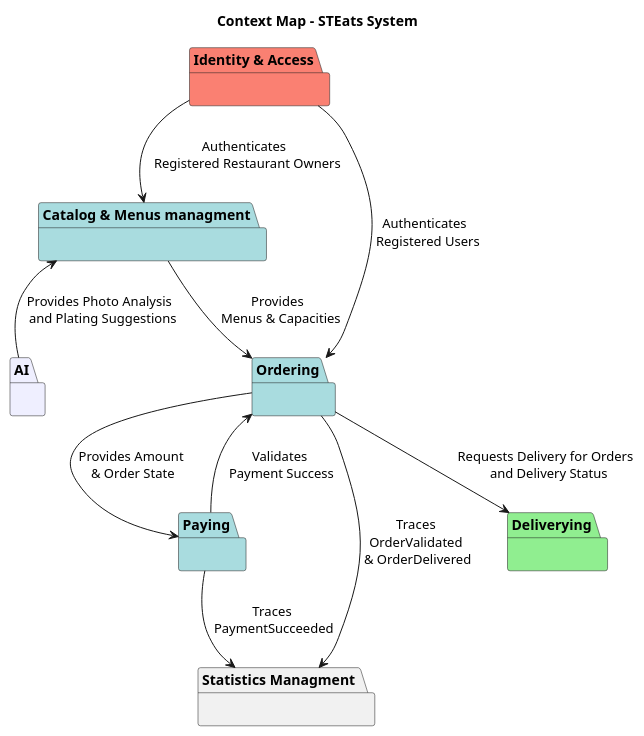
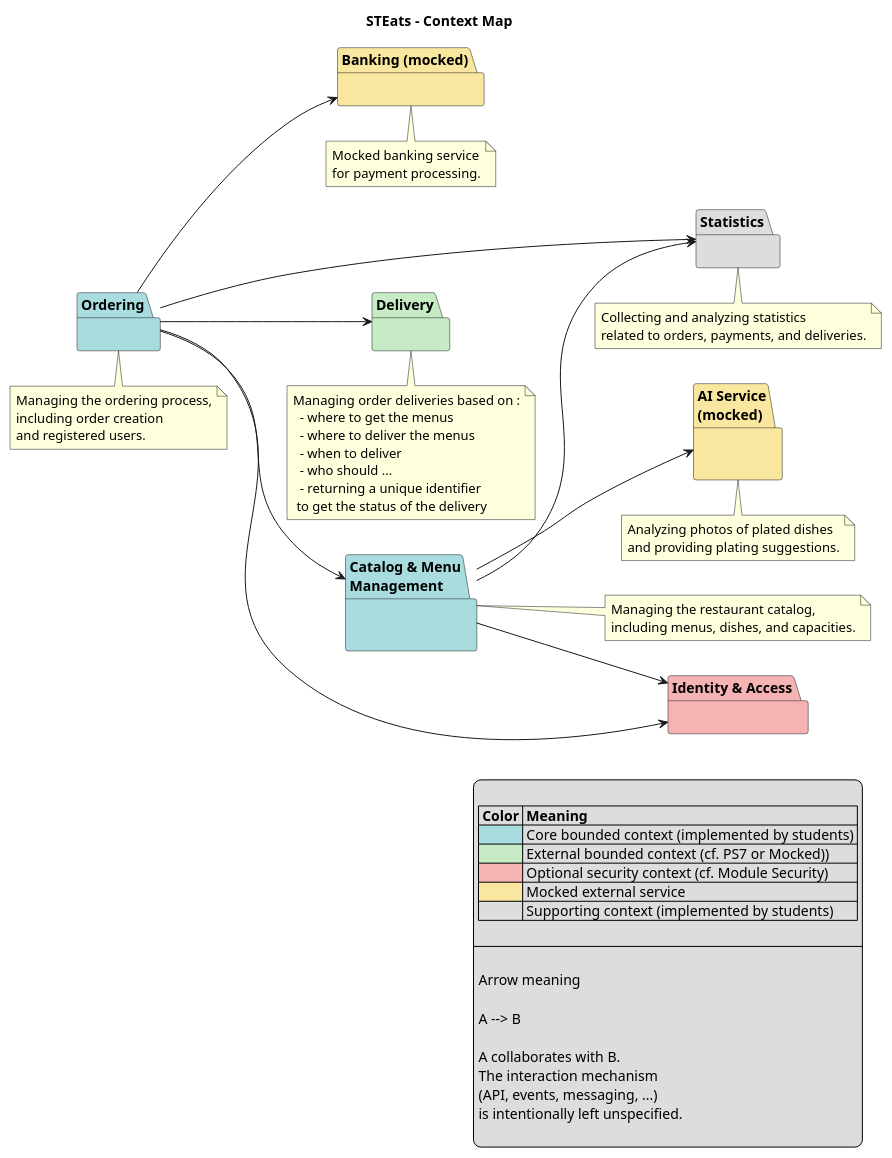
One commit to MireilleBF/cucumber-demo changed the second of 2 diagrams in doc/context map26-27.puml. Above: the diagram before and after it, drawn with PlantUML. The commit also changed other lines of this file and 3 other files, not shown here.

```diff
--- a/doc/context map26-27.puml
+++ b/doc/context map26-27.puml
@@ -1,64 +128,114 @@
 @startuml
 '!theme spacelab
+left to right direction
 
-title Context Map - STEats System
+title STEats - Context Map
 
-' Bounded Contexts
-package "Catalog & Menus managment" as Catalog #A9DCDF{
-'  [Restaurant]
- ' [Menu]
-'  [Dish]
-'  [Dish Option]
-'  [Capacity]
+'=========================================================
+' Core Bounded Contexts (implemented by students)
+'=========================================================
+
+package "Catalog & Menu\nManagement" as Catalog #A9DCDF {
 }
-
+Note right of Catalog
+  Managing the restaurant catalog,
+  including menus, dishes, and capacities.
+end note
 
 package "Ordering" as Ordering #A9DCDF {
- ' [Order]
- ' [Order Line]
-  '[Registered User]
 }
-
-package "Paying" as Paying  #A9DCDF{
-  '[Payment]
-  '[Student Credit]
-}
-
-package "Statistics Managment " as Statistics {
-  '[Statistics]
-}
-
-package "AI" as AI #motivation{
- ' [Photo]
-}
-
-package "Identity & Access" as Identity #salmon{
-  '[User]
-  '[Role]
-  '[Permission]
-}
-
-' Delivery / Logistics
-package "Deliverying" as Delivery #lightgreen {
-'  [Delivery]
-'  [Courier]
-}
-
-' Relations
-Identity --> Ordering : Authenticates \n Registered Users
-Identity --> Catalog : Authenticates \n Registered Restaurant Owners
-Ordering --> Delivery : Requests Delivery for Orders \n and Delivery Status
-'Delivery --> Statistics : Traces \n Delivery Performance Data
-'Delivery --> Ordering : Provides \n Delivery Status
-'Ordering --> Delivery : Requests Delivery Status
-Catalog --> Ordering : Provides \n Menus & Capacities
-Ordering --> Paying : Provides Amount\n & Order State
-Paying --> Ordering : "Validates\n Payment Success"
-Ordering --> Statistics : "Traces\n OrderValidated \n & OrderDelivered"
-'Ordering --> Statistics : "Traces\n OrderDelivered"
-Paying --> Statistics : "Traces\n PaymentSucceeded"
-Catalog <-- AI : Provides Photo Analysis \n and Plating Suggestions
+Note bottom of Ordering
+  Managing the ordering process,
+  including order creation
+  and registered users.
+end note
 
 
 
+package "Banking (mocked)" as Banking #F9E79F {
+}
+Note bottom of Banking
+  Mocked banking service
+  for payment processing.
+end note
+
+'=========================================================
+' Supporting Context
+'=========================================================
+
+package "Statistics" as Statistics #DDDDDD {
+}
+Note bottom of Statistics
+    Collecting and analyzing statistics
+    related to orders, payments, and deliveries.
+end note
+
+'=========================================================
+' External Contexts
+'=========================================================
+
+package "Delivery" as Delivery #C6EBC5 {
+}
+Note bottom of Delivery
+  Managing order deliveries based on :
+    - where to get the menus
+    - where to deliver the menus
+    - when to deliver
+    - who should ...
+    - returning a unique identifier
+   to get the status of the delivery
+end note
+
+package "Identity & Access" as Identity #F6B3B3 {
+}
+
+package "AI Service\n(mocked)" as AI #F9E79F {
+}
+Note bottom of AI
+    Analyzing photos of plated dishes
+    and providing plating suggestions.
+end note
+
+
+'=========================================================
+' Relationships between contexts
+'=========================================================
+
+Ordering --> Catalog
+
+Ordering --> Banking
+Ordering --> Delivery
+
+Catalog --> AI
+
+Ordering --> Identity
+Catalog --> Identity
+
+
+Catalog --> Statistics
+Ordering --> Statistics
+
+
+legend right
+
+|= Color |= Meaning |
+|<#A9DCDF>| Core bounded context (implemented by students) |
+|<#C6EBC5>| External bounded context (cf. PS7 or Mocked)) |
+|<#F6B3B3>| Optional security context (cf. Module Security) |
+|<#F9E79F>| Mocked external service |
+|<#DDDDDD>| Supporting context (implemented by students)|
+
+----
+
+Arrow meaning
+
+A --> B
+
+A collaborates with B.
+The interaction mechanism
+(API, events, messaging, ...)
+is intentionally left unspecified.
+
+endlegend
+
 @enduml
```
